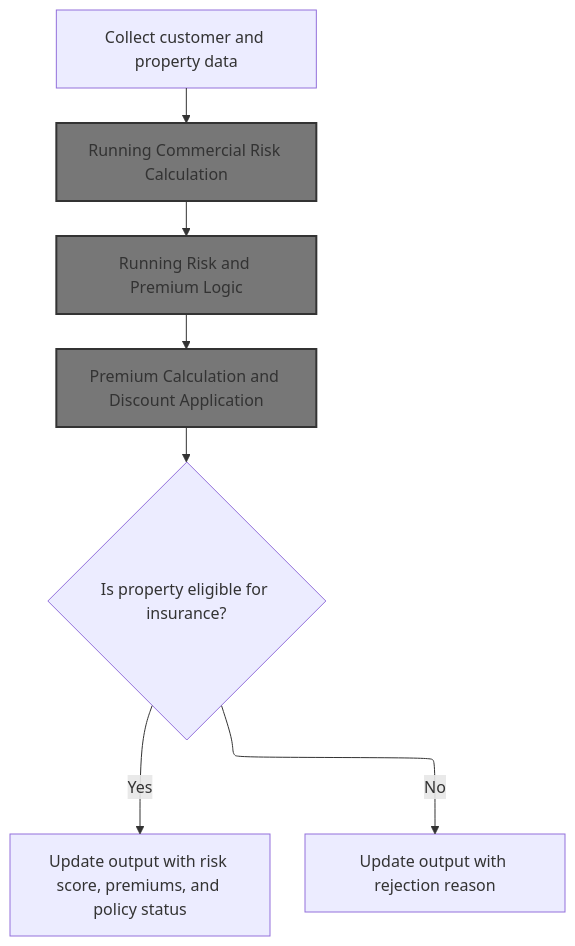
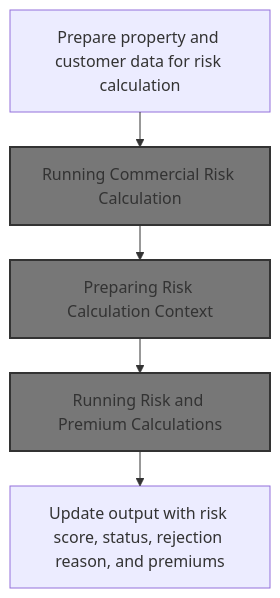
The tenth of 15 diagrams in .swm/inserting-insurance-policy-data-lgapdb09.xwl743qs.sw.md (Giri-Swimm/Swimmio-genapp-motor), drawn with Mermaid before and after one commit. The commit also changed other lines of this file and 17 other files, not shown here.

````diff
--- a/.swm/inserting-insurance-policy-data-lgapdb09.xwl743qs.sw.md
+++ b/.swm/inserting-insurance-policy-data-lgapdb09.xwl743qs.sw.md
@@ -1526,48 +1580,42 @@
 ```mermaid
 %%{init: {"flowchart": {"defaultRenderer": "elk"}} }%%
 flowchart TD
-    node1["Collect customer and property data"] --> node2["Running Commercial Risk Calculation"]
+    node1["Prepare property and customer data for risk calculation"]
     click node1 openCode "base/src/lgapdb09.cbl:493:508"
-    node2 --> node3["Running Risk and Premium Logic"]
+    node1 --> node2["Running Commercial Risk Calculation"]
     
-    node3 --> node4["Premium Calculation and Discount Application"]
+    node2 --> node3["Preparing Risk Calculation Context"]
     
-    node4 --> node5{"Is property eligible for insurance?"}
+    node3 --> node4["Running Risk and Premium Calculations"]
     
-    node5 -->|"Yes"| node6["Update output with risk score, premiums, and policy status"]
-    click node6 openCode "base/src/lgapdb09.cbl:515:524"
-    node5 -->|"No"| node7["Update output with rejection reason"]
-    click node7 openCode "base/src/lgapdb09.cbl:515:524"
-
+    node4 --> node5["Update output with risk score, status, rejection reason, and premiums"]
+    click node5 openCode "base/src/lgapdb09.cbl:515:524"
 classDef HeadingStyle fill:#777777,stroke:#333,stroke-width:2px;
 click node2 goToHeading "Running Commercial Risk Calculation"
 node2:::HeadingStyle
-click node3 goToHeading "Running Risk and Premium Logic"
+click node3 goToHeading "Preparing Risk Calculation Context"
 node3:::HeadingStyle
-click node4 goToHeading "Premium Calculation and Discount Application"
+click node4 goToHeading "Running Risk and Premium Calculations"
 node4:::HeadingStyle
 
 %% Swimm:
 %% %%{init: {"flowchart": {"defaultRenderer": "elk"}} }%%
 %% flowchart TD
-%%     node1["Collect customer and property data"] --> node2["Running Commercial Risk Calculation"]
+%%     node1["Prepare property and customer data for risk calculation"]
 %%     click node1 openCode "<SwmPath>[base/src/lgapdb09.cbl](base/src/lgapdb09.cbl)</SwmPath>:493:508"
-%%     node2 --> node3["Running Risk and Premium Logic"]
+%%     node1 --> node2["Running Commercial Risk Calculation"]
 %%     
-%%     node3 --> node4["Premium Calculation and Discount Application"]
+%%     node2 --> node3["Preparing Risk Calculation Context"]
 %%     
-%%     node4 --> node5{"Is property eligible for insurance?"}
+%%     node3 --> node4["Running Risk and Premium Calculations"]
 %%     
-%%     node5 -->|"Yes"| node6["Update output with risk score, premiums, and policy status"]
-%%     click node6 openCode "<SwmPath>[base/src/lgapdb09.cbl](base/src/lgapdb09.cbl)</SwmPath>:515:524"
-%%     node5 -->|"No"| node7["Update output with rejection reason"]
-%%     click node7 openCode "<SwmPath>[base/src/lgapdb09.cbl](base/src/lgapdb09.cbl)</SwmPath>:515:524"
-%% 
+%%     node4 --> node5["Update output with risk score, status, rejection reason, and premiums"]
+%%     click node5 openCode "<SwmPath>[base/src/lgapdb09.cbl](base/src/lgapdb09.cbl)</SwmPath>:515:524"
 %% classDef HeadingStyle fill:#777777,stroke:#333,stroke-width:2px;
 %% click node2 goToHeading "Running Commercial Risk Calculation"
 %% node2:::HeadingStyle
-%% click node3 goToHeading "Running Risk and Premium Logic"
+%% click node3 goToHeading "Preparing Risk Calculation Context"
 %% node3:::HeadingStyle
-%% click node4 goToHeading "Premium Calculation and Discount Application"
+%% click node4 goToHeading "Running Risk and Premium Calculations"
 %% node4:::HeadingStyle
 ```
````
